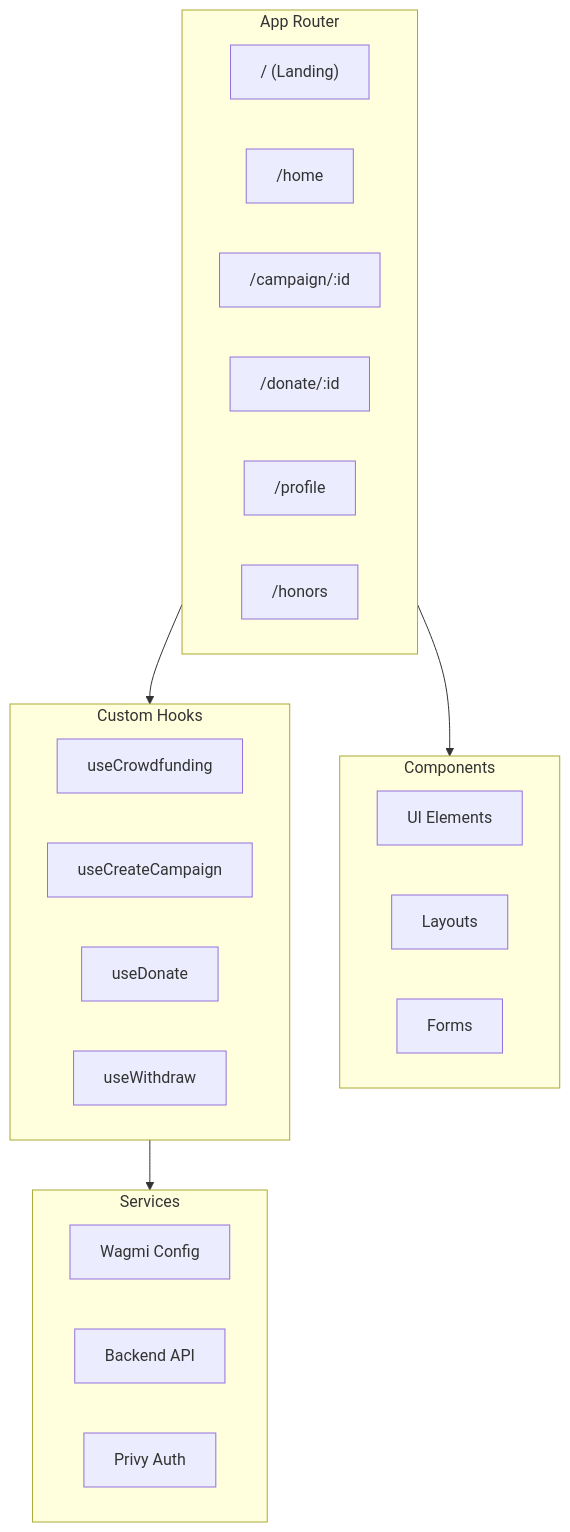
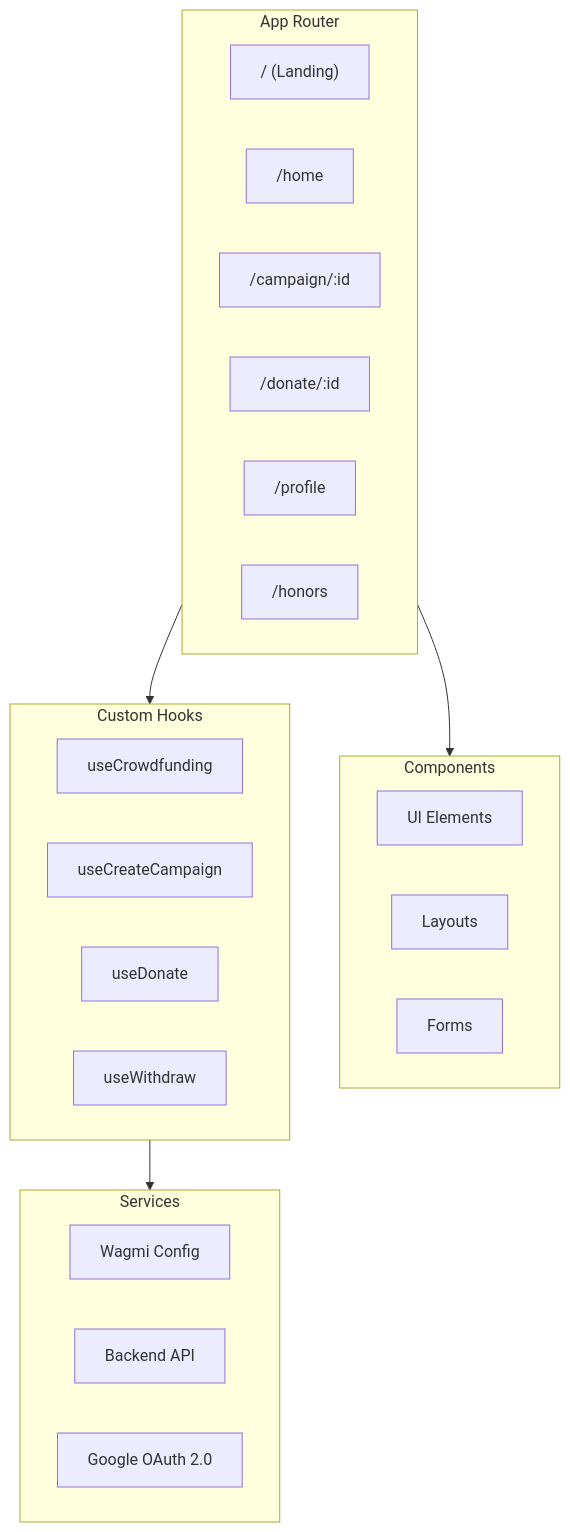
Before and after one commit to CrowdFUNding-Base/SC: the second of 8 diagrams in pitching/architecture/system-architecture.md, drawn with Mermaid. The commit also changed other lines of this file and 10 other files, not shown here.

````diff
--- a/pitching/architecture/system-architecture.md
+++ b/pitching/architecture/system-architecture.md
@@ -62,34 +62,34 @@
 ```mermaid
 flowchart TB
     subgraph Pages["App Router"]
         Landing["/ (Landing)"]
         Home["/home"]
         Campaign["/campaign/:id"]
         Donate["/donate/:id"]
         Profile["/profile"]
         Honors["/honors"]
     end
 
     subgraph Components["Components"]
         UI["UI Elements"]
         Layout["Layouts"]
         Forms["Forms"]
     end
 
     subgraph Hooks["Custom Hooks"]
         useCrowdfunding["useCrowdfunding"]
         useCreateCampaign["useCreateCampaign"]
         useDonate["useDonate"]
         useWithdraw["useWithdraw"]
     end
 
     subgraph Services["Services"]
         Wagmi["Wagmi Config"]
         APIClient["Backend API"]
-        Privy["Privy Auth"]
+        GoogleOAuth["Google OAuth 2.0"]
     end
 
     Pages --> Components
     Pages --> Hooks
     Hooks --> Services
 ```
````
